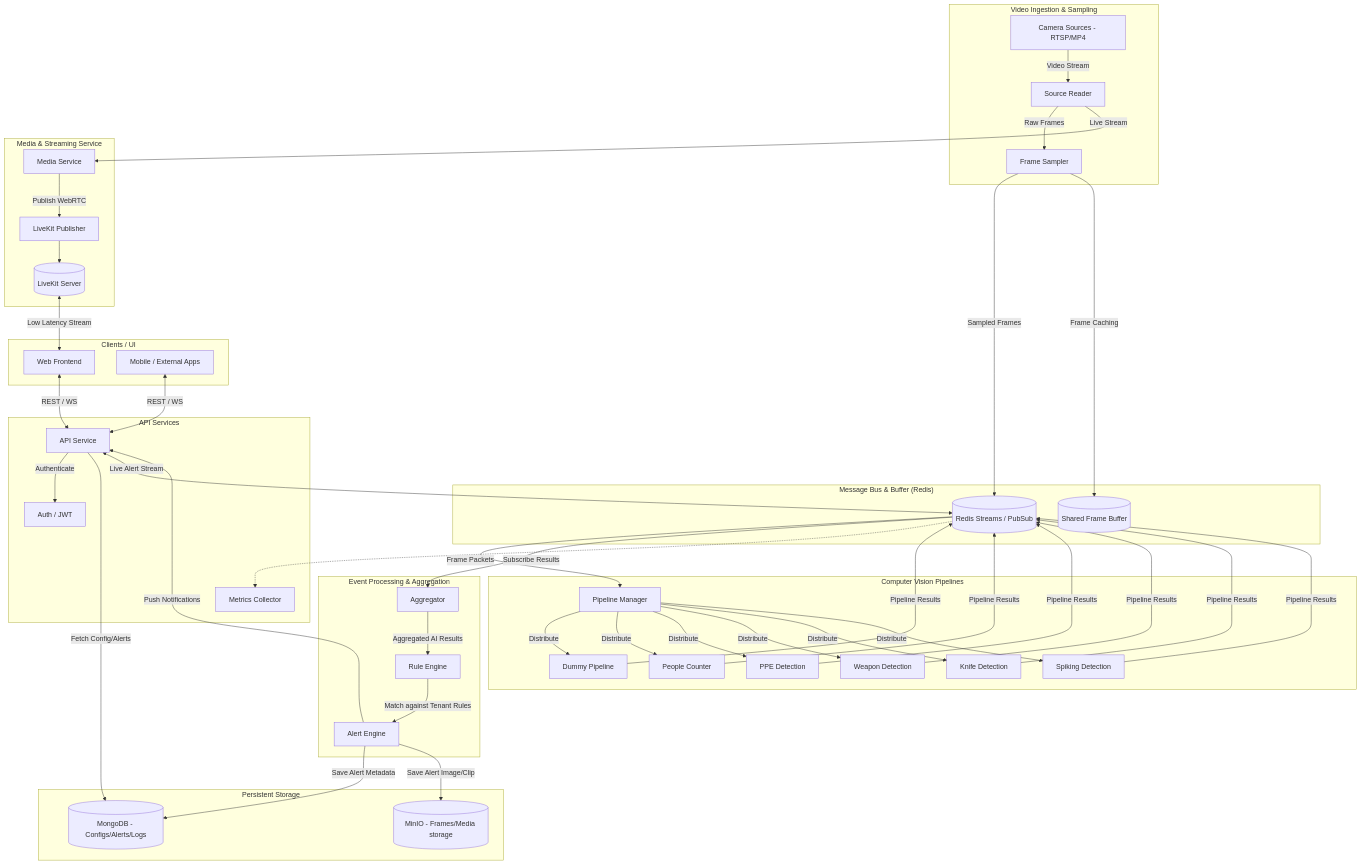
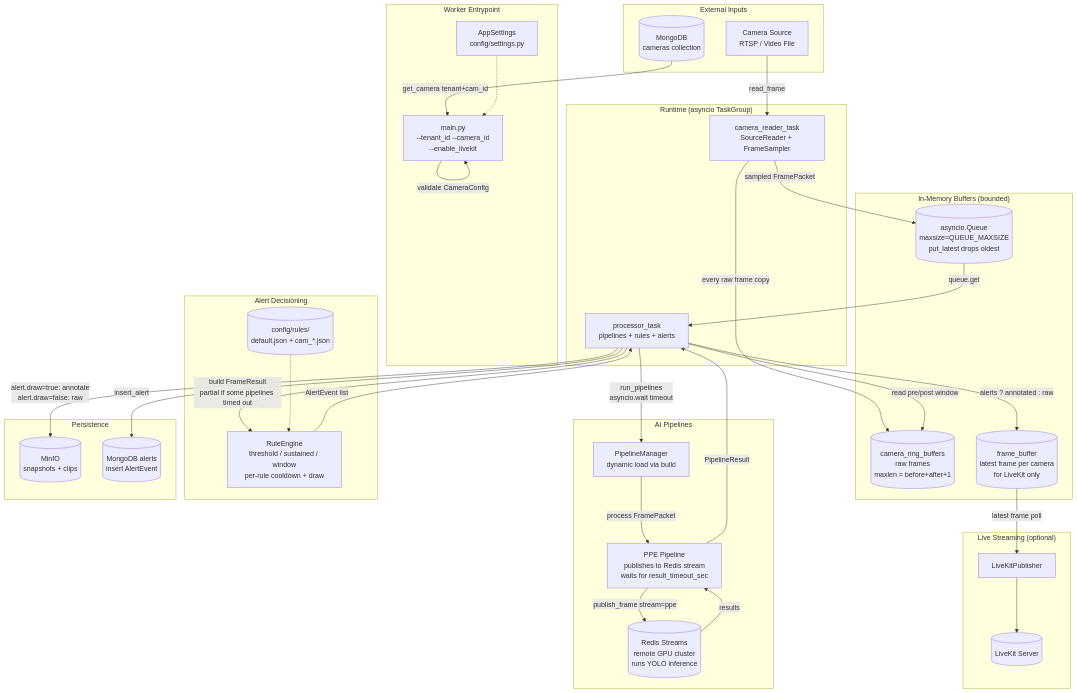
One commit to EngrAhsanShahid/simple_multi_camera_project_updated changed the diagram in docs/architecture_diagram.md. Above: the diagram before and after it, drawn with Mermaid. The commit also changed other lines of this file and 42 other files, not shown here.

````diff
--- a/docs/architecture_diagram.md
+++ b/docs/architecture_diagram.md
@@ -9,94 +10,80 @@
 ```mermaid
 graph TD
-    %% External Interfaces & Consumers
-    subgraph Clients["Clients / UI"]
-        WebUI[Web Frontend]
-        MobileApp[Mobile / External Apps]
+    %% External inputs
+    subgraph Inputs["External Inputs"]
+        MongoDB[(MongoDB<br/>cameras collection)]
+        Camera[Camera Source<br/>RTSP / Video File]
     end
 
-    %% Ingestion Layer
-    subgraph Ingestion["Video Ingestion & Sampling"]
-        Cameras[Camera Sources - RTSP/MP4]
-        SourceReader[Source Reader]
-        FrameSampler[Frame Sampler]
+    %% Worker entrypoint
+    subgraph Entry["Worker Entrypoint"]
+        Main[main.py<br/>--tenant_id --camera_id<br/>--enable_livekit]
+        AppSettings[AppSettings<br/>config/settings.py]
     end
 
-    %% Core Messaging / Memory
-    subgraph MessageBus["Message Bus & Buffer (Redis)"]
-        RedisStream[(Redis Streams / PubSub)]
-        SharedBuffer[(Shared Frame Buffer)]
+    %% Runtime tasks
+    subgraph Runtime["Runtime (asyncio TaskGroup)"]
+        Reader[camera_reader_task<br/>SourceReader + FrameSampler]
+        Processor[processor_task<br/>pipelines + rules + alerts]
     end
 
-    %% AI Pipeline Layer
-    subgraph Pipelines["Computer Vision Pipelines"]
-        PipeManager[Pipeline Manager]
-        DummyPipe[Dummy Pipeline]
-        PeopleCountPipe[People Counter]
-        PPEPipe[PPE Detection]
-        WeaponPipe[Weapon Detection]
-        KnifePipe[Knife Detection]
-        SpikingPipe[Spiking Detection]
+    %% In-memory buffers
+    subgraph Buffers["In-Memory Buffers (bounded)"]
+        Queue[(asyncio.Queue<br/>maxsize=QUEUE_MAXSIZE<br/>put_latest drops oldest)]
+        RingBuffer[(camera_ring_buffers<br/>raw frames<br/>maxlen = before+after+1)]
+        FrameBuffer[(frame_buffer<br/>latest frame per camera<br/>for LiveKit only)]
     end
 
-    %% Event Processing & Alerts
-    subgraph EventProcessing["Event Processing & Aggregation"]
-        Aggregator[Aggregator]
-        RuleEngine[Rule Engine]
-        AlertEngine[Alert Engine]
+    %% Pipelines
+    subgraph PipelinesLayer["AI Pipelines"]
+        PipelineManager[PipelineManager<br/>dynamic load via build]
+        PPE[PPE Pipeline<br/>publishes to Redis stream<br/>waits for result_timeout_sec]
+        RedisCluster[(Redis Streams<br/>remote GPU cluster<br/>runs YOLO inference)]
     end
 
-    %% Media & Streaming Layer
-    subgraph Media["Media & Streaming Service"]
-        MediaService[Media Service]
-        LiveKitPublisher[LiveKit Publisher]
+    %% Rules and alerts
+    subgraph Rules["Alert Decisioning"]
+        RuleEngine[RuleEngine<br/>threshold / sustained / window<br/>per-rule cooldown + draw]
+        RuleConfigs[(config/rules/<br/>default.json + cam_*.json)]
+    end
+
+    %% Persistence
+    subgraph Persistence["Persistence"]
+        MinIO[(MinIO<br/>snapshots + clips)]
+        MongoAlerts[(MongoDB alerts<br/>insert AlertEvent)]
+    end
+
+    %% Streaming
+    subgraph Streaming["Live Streaming (optional)"]
+        LiveKitPublisher[LiveKitPublisher]
         LiveKitServer[(LiveKit Server)]
     end
 
-    %% API & Core Backend Services
-    subgraph APIServices["API Services"]
-        API[API Service]
-        Auth[Auth / JWT]
-        Metrics[Metrics Collector]
-    end
+    %% Flow
+    MongoDB -->|get_camera tenant+cam_id| Main
+    Main -->|validate CameraConfig| Main
+    AppSettings -.-> Main
 
-    %% Persistent Storage
-    subgraph Storage["Persistent Storage"]
-        MongoDB[(MongoDB - Configs/Alerts/Logs)]
-        Minio[(MinIO - Frames/Media storage)]
-    end
+    Camera -->|read_frame| Reader
+    Reader -->|every raw frame copy| RingBuffer
+    Reader -->|sampled FramePacket| Queue
 
-    %% Flow of data
-    Cameras -->|Video Stream| SourceReader
-    SourceReader -->|Raw Frames| FrameSampler
-    FrameSampler -->|Sampled Frames| RedisStream
-    FrameSampler -->|Frame Caching| SharedBuffer
+    Queue -->|queue.get| Processor
+    Processor -->|run_pipelines<br/>asyncio.wait timeout| PipelineManager
+    PipelineManager -->|process FramePacket| PPE
+    PPE -->|publish_frame stream=ppe| RedisCluster
+    RedisCluster -->|results| PPE
+    PPE -->|PipelineResult| Processor
 
-    RedisStream -->|Frame Packets| PipeManager
-    PipeManager -->|Distribute| DummyPipe & PeopleCountPipe & PPEPipe & WeaponPipe & KnifePipe & SpikingPipe
-    
-    DummyPipe & PeopleCountPipe & PPEPipe & WeaponPipe & KnifePipe & SpikingPipe -->|Pipeline Results| RedisStream
-    
-    RedisStream -->|Subscribe Results| Aggregator
-    Aggregator -->|Aggregated AI Results| RuleEngine
-    RuleEngine -->|Match against Tenant Rules| AlertEngine
-    
-    AlertEngine -->|Save Alert Metadata| MongoDB
-    AlertEngine -->|Save Alert Image/Clip| Minio
-    AlertEngine -->|Push Notifications| API
+    Processor -->|build FrameResult<br/>partial if some pipelines timed out| RuleEngine
+    RuleConfigs -.-> RuleEngine
+    RuleEngine -->|AlertEvent list| Processor
 
-    SourceReader -->|Live Stream| MediaService
-    MediaService -->|Publish WebRTC| LiveKitPublisher
+    Processor -->|alert.draw=true: annotate<br/>alert.draw=false: raw| MinIO
+    Processor -->|insert_alert| MongoAlerts
+    Processor -->|read pre/post window| RingBuffer
+    Processor -->|alerts ? annotated : raw| FrameBuffer
+
+    FrameBuffer -->|latest frame poll| LiveKitPublisher
     LiveKitPublisher --> LiveKitServer
-    
-    LiveKitServer <-->|Low Latency Stream| WebUI
-
-    WebUI <-->|REST / WS| API
-    MobileApp <-->|REST / WS| API
-    
-    API -->|Authenticate| Auth
-    API -->|Fetch Config/Alerts| MongoDB
-    API <-->|Live Alert Stream| RedisStream
-
-    %% Additional Storage Connections
-    RedisStream -.-> Metrics
 ```
````
